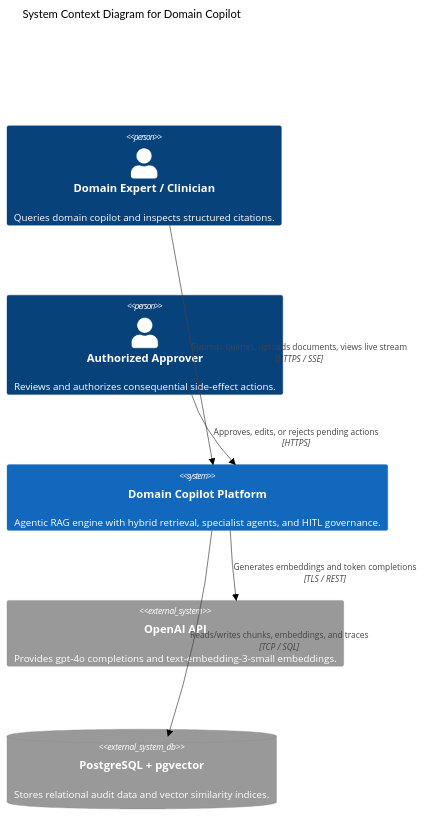
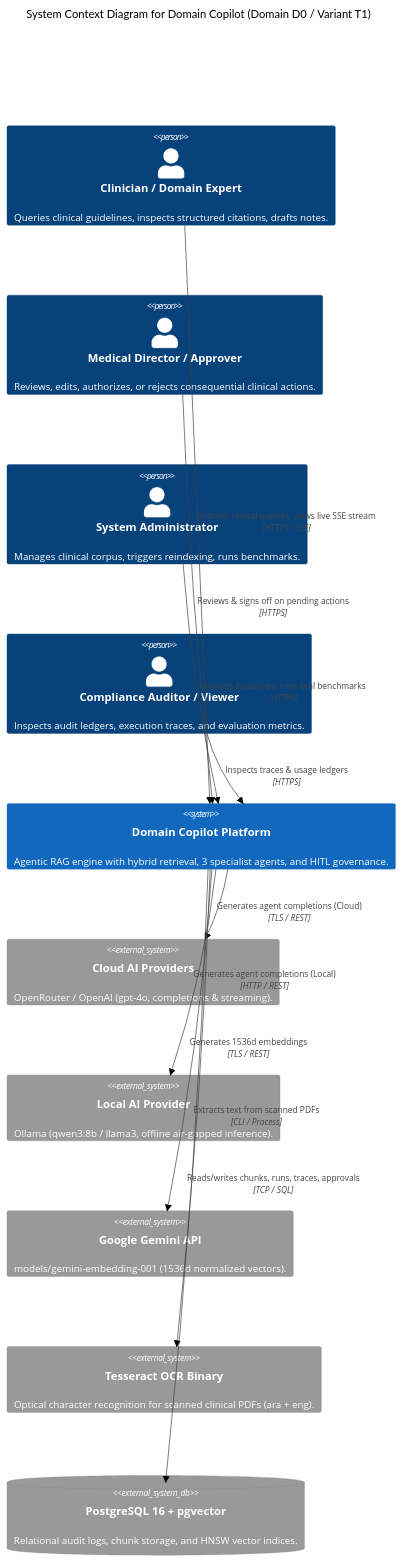
The first of 6 diagrams in docs/ARCHITECTURE.md (MohamedAlfeky1/domain-copilot), drawn with Mermaid (forest theme) before and after one commit. The commit also changed other lines of this file and 5 other files, not shown here.

````diff
--- a/docs/ARCHITECTURE.md
+++ b/docs/ARCHITECTURE.md
@@ -5,17 +159,28 @@
 ```mermaid
 C4Context
-    title System Context Diagram for Domain Copilot
+    title System Context Diagram for Domain Copilot (Domain D0 / Variant T1)
 
-    Person(expert, "Domain Expert / Clinician", "Queries domain copilot and inspects structured citations.")
-    Person(approver, "Authorized Approver", "Reviews and authorizes consequential side-effect actions.")
-    
-    System(copilot, "Domain Copilot Platform", "Agentic RAG engine with hybrid retrieval, specialist agents, and HITL governance.")
-    
-    System_Ext(openai, "OpenAI API", "Provides gpt-4o completions and text-embedding-3-small embeddings.")
-    SystemDb_Ext(postgres, "PostgreSQL + pgvector", "Stores relational audit data and vector similarity indices.")
+    Person(expert, "Clinician / Domain Expert", "Queries clinical guidelines, inspects structured citations, drafts notes.")
+    Person(approver, "Medical Director / Approver", "Reviews, edits, authorizes, or rejects consequential clinical actions.")
+    Person(admin, "System Administrator", "Manages clinical corpus, triggers reindexing, runs benchmarks.")
+    Person(viewer, "Compliance Auditor / Viewer", "Inspects audit ledgers, execution traces, and evaluation metrics.")
 
-    Rel(expert, copilot, "Submits queries, uploads documents, views live stream", "HTTPS / SSE")
-    Rel(approver, copilot, "Approves, edits, or rejects pending actions", "HTTPS")
-    Rel(copilot, openai, "Generates embeddings and token completions", "TLS / REST")
-    Rel(copilot, postgres, "Reads/writes chunks, embeddings, and traces", "TCP / SQL")
+    System(copilot, "Domain Copilot Platform", "Agentic RAG engine with hybrid retrieval, 3 specialist agents, and HITL governance.")
+
+    System_Ext(cloud_ai, "Cloud AI Providers", "OpenRouter / OpenAI (gpt-4o, completions & streaming).")
+    System_Ext(local_ai, "Local AI Provider", "Ollama (qwen3:8b / llama3, offline air-gapped inference).")
+    System_Ext(gemini_api, "Google Gemini API", "models/gemini-embedding-001 (1536d normalized vectors).")
+    System_Ext(ocr_engine, "Tesseract OCR Binary", "Optical character recognition for scanned clinical PDFs (ara + eng).")
+    SystemDb_Ext(postgres, "PostgreSQL 16 + pgvector", "Relational audit logs, chunk storage, and HNSW vector indices.")
+
+    Rel(expert, copilot, "Submits clinical queries, views live SSE stream", "HTTPS / SSE")
+    Rel(approver, copilot, "Reviews & signs off on pending actions", "HTTPS")
+    Rel(admin, copilot, "Uploads guidelines, runs eval benchmarks", "HTTPS")
+    Rel(viewer, copilot, "Inspects traces & usage ledgers", "HTTPS")
+
+    Rel(copilot, cloud_ai, "Generates agent completions (Cloud)", "TLS / REST")
+    Rel(copilot, local_ai, "Generates agent completions (Local)", "HTTP / REST")
+    Rel(copilot, gemini_api, "Generates 1536d embeddings", "TLS / REST")
+    Rel(copilot, ocr_engine, "Extracts text from scanned PDFs", "CLI / Process")
+    Rel(copilot, postgres, "Reads/writes chunks, runs, traces, approvals", "TCP / SQL")
 ```
````
